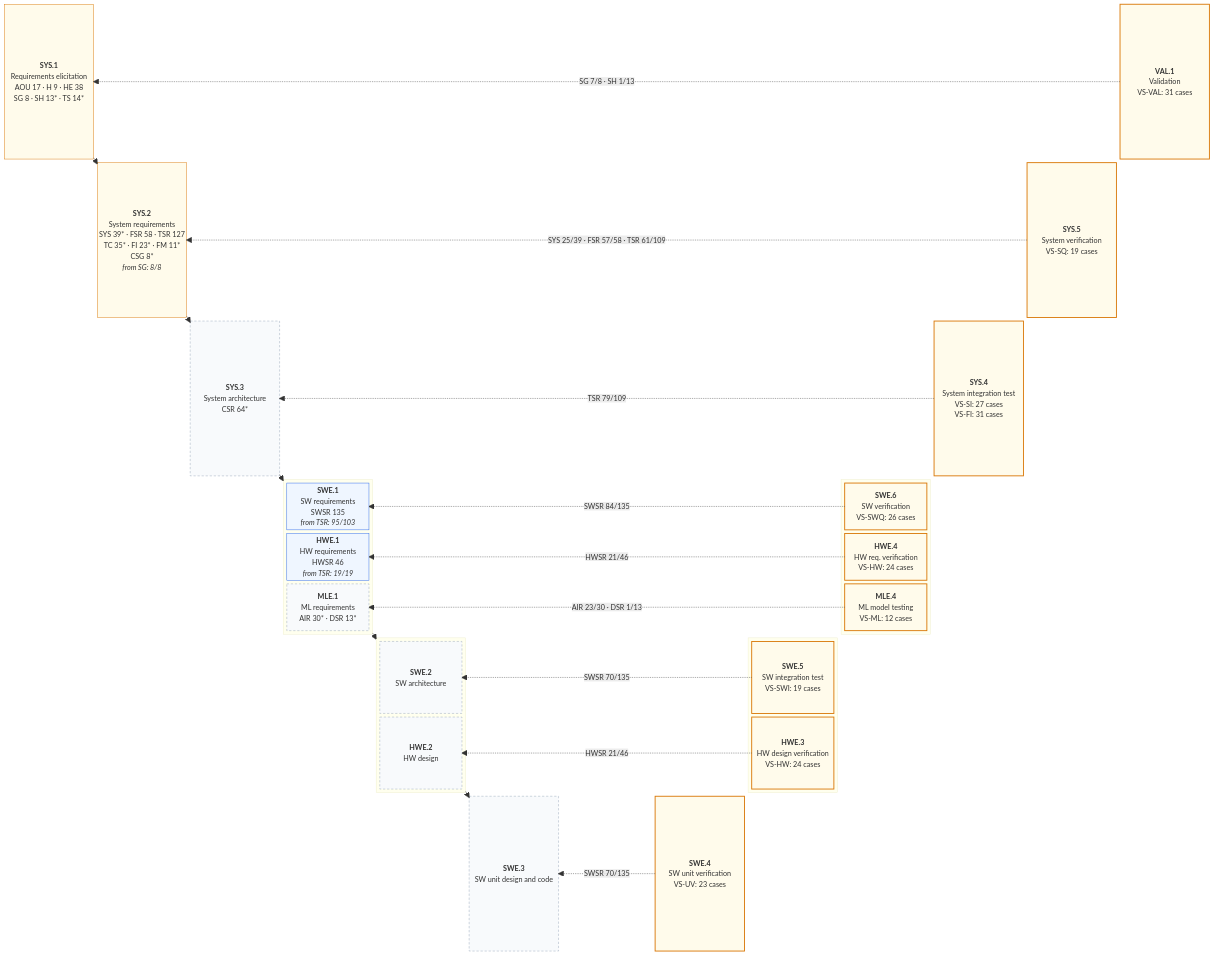
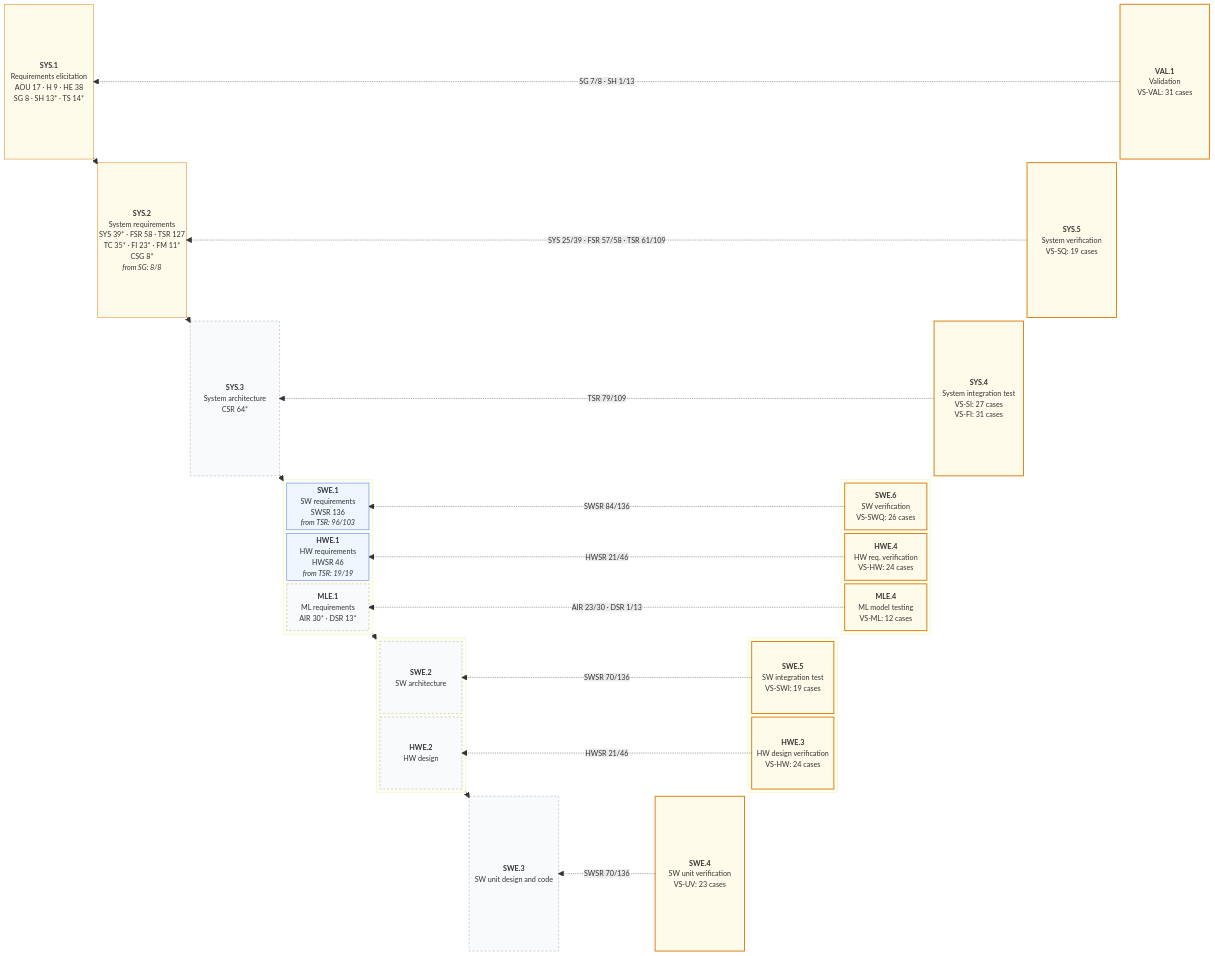
One commit to jherrodthomas/LionDriver changed the first of 2 diagrams in assurance/trace/maps/aspice-trace-map.md. Above: the diagram before and after it, drawn with Mermaid. The commit also changed other lines of this file and 36 other files, not shown here.

```diff
--- a/assurance/trace/maps/aspice-trace-map.md
+++ b/assurance/trace/maps/aspice-trace-map.md
@@ -66,7 +66,7 @@
   space
   block:L3
     columns 1
-    SWE1["<b>SWE.1</b><br/>SW requirements<br/>SWSR 135<br/><i>from TSR: 95/103</i>"]
+    SWE1["<b>SWE.1</b><br/>SW requirements<br/>SWSR 136<br/><i>from TSR: 96/103</i>"]
     HWE1["<b>HWE.1</b><br/>HW requirements<br/>HWSR 46<br/><i>from TSR: 19/19</i>"]
     MLE1["<b>MLE.1</b><br/>ML requirements<br/>AIR 30* · DSR 13*"]
   end
@@ -126,12 +126,12 @@
   VAL1 -. "SG 7/8 · SH 1/13" .-> SYS1
   SYS5 -. "SYS 25/39 · FSR 57/58 · TSR 61/109" .-> SYS2
   SYS4 -. "TSR 79/109" .-> SYS3
-  SWE6 -. "SWSR 84/135" .-> SWE1
+  SWE6 -. "SWSR 84/136" .-> SWE1
   HWE4 -. "HWSR 21/46" .-> HWE1
   MLE4 -. "AIR 23/30 · DSR 1/13" .-> MLE1
-  SWE5 -. "SWSR 70/135" .-> SWE2
+  SWE5 -. "SWSR 70/136" .-> SWE2
   HWE3 -. "HWSR 21/46" .-> HWE2
-  SWE4 -. "SWSR 70/135" .-> SWE3
+  SWE4 -. "SWSR 70/136" .-> SWE3
   style VAL1 fill:#FFFBEB,stroke:#D97706,stroke-width:2px
   style SYS5 fill:#FFFBEB,stroke:#D97706,stroke-width:2px
   style SYS4 fill:#FFFBEB,stroke:#D97706,stroke-width:2px
```
